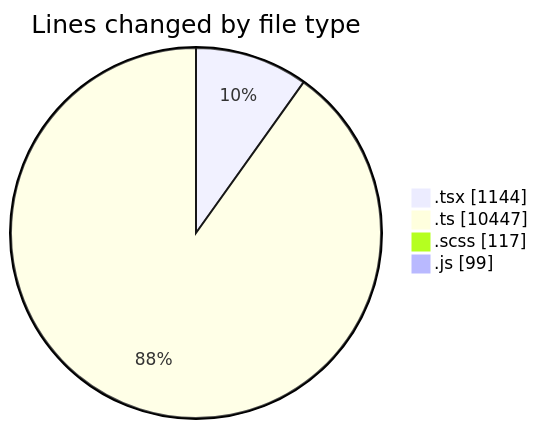
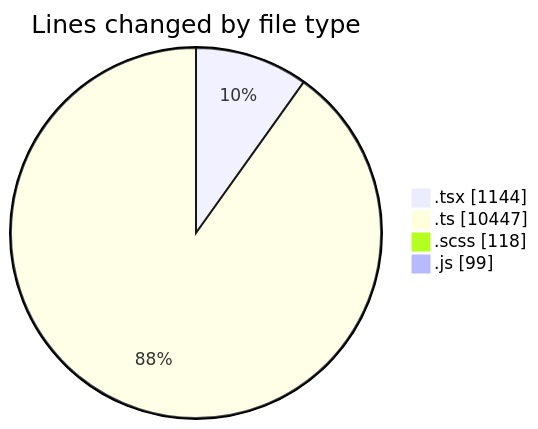
Before and after one commit to momahboobian/code-tracking: the first of 2 diagrams in 2025-03-26/cda/README.md, drawn with Mermaid. The commit also changed other lines of this file and 1 other file, not shown here.

````diff
--- a/2025-03-26/cda/README.md
+++ b/2025-03-26/cda/README.md
@@ -42,8 +42,8 @@
 ```mermaid
 pie showData
 title Lines changed by file type
 ".tsx" : 1144
 ".ts" : 10447
-".scss" : 117
+".scss" : 118
 ".js" : 99
 ```
````
